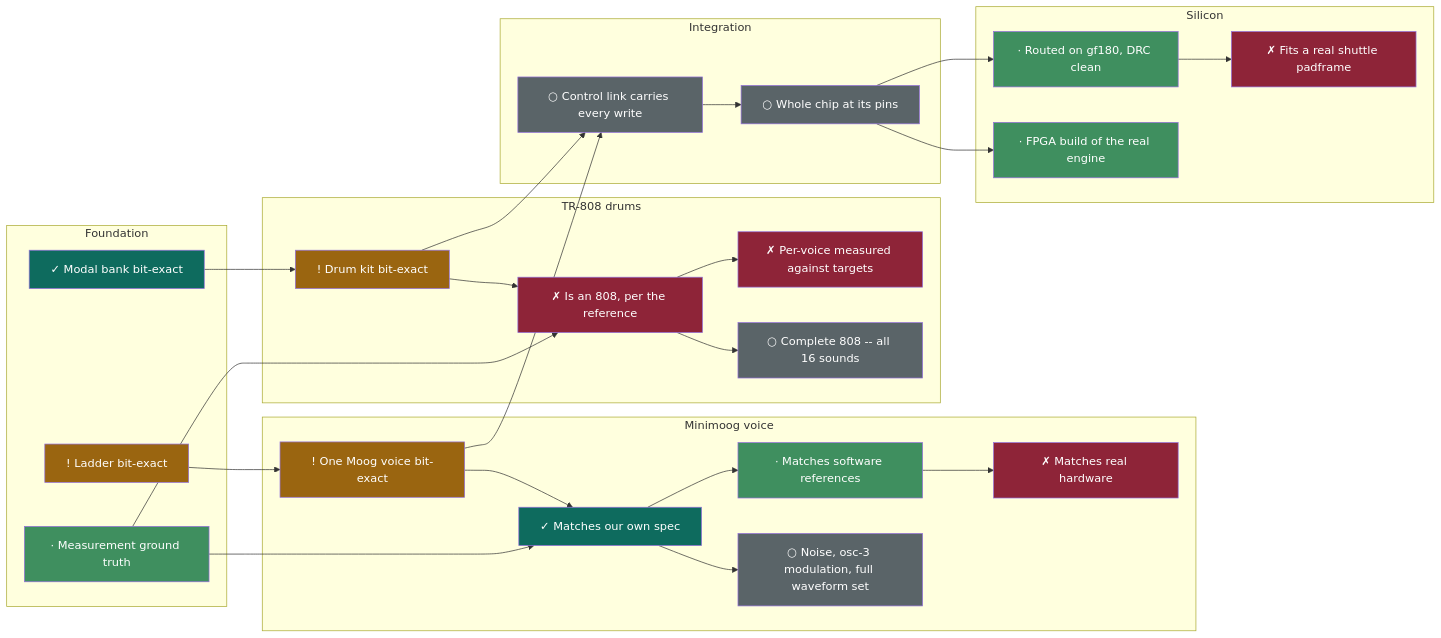
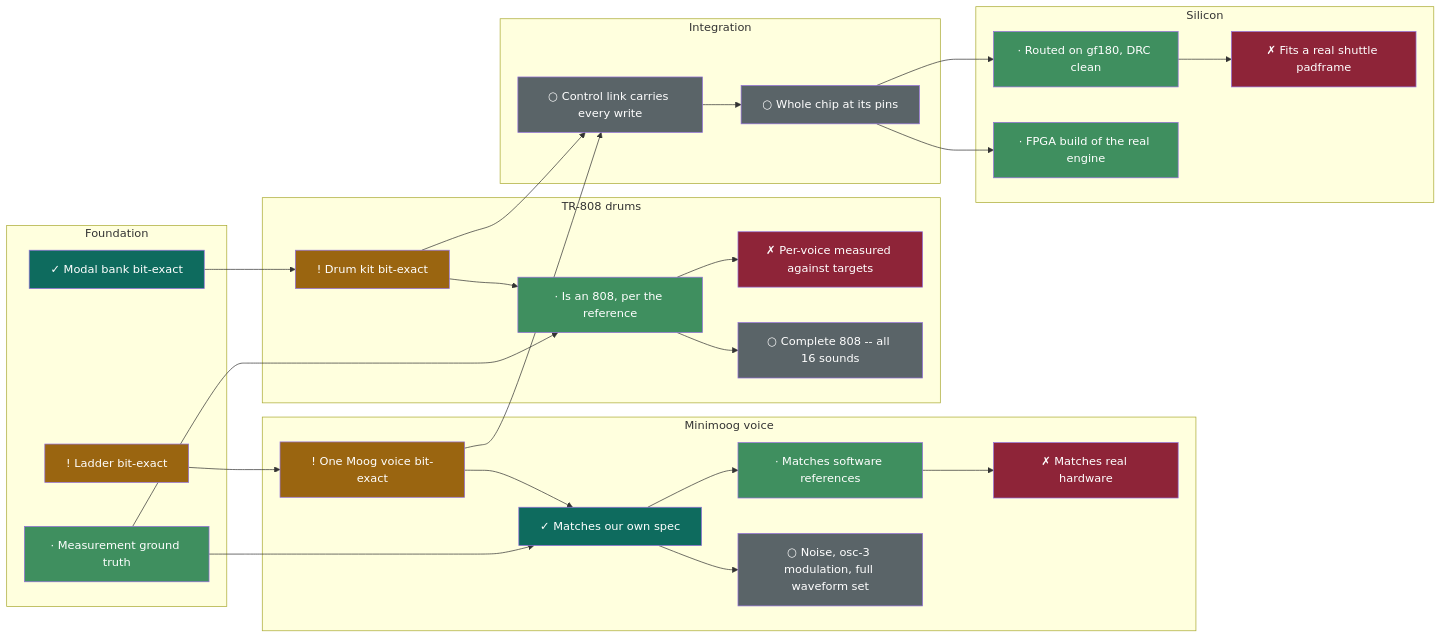
The diagram in README.md (2AMLogic/gf180-monosynth), drawn with Mermaid before and after one commit. The commit also changed other lines of this file and 2 other files, not shown here.

First line of the commit message:
[dag] regenerate the roadmap from evidence

````diff
--- a/README.md
+++ b/README.md
@@ -66,64 +66,64 @@
 ```mermaid
 graph LR
   subgraph foundation["Foundation"]
     F1["! Ladder bit-exact"]
     F2["✓ Modal bank bit-exact"]
     F3["· Measurement ground truth"]
   end
   subgraph minimoog["Minimoog voice"]
     M1["! One Moog voice bit-exact"]
     M2["✓ Matches our own spec"]
     M3["· Matches software references"]
     M4["✗ Matches real hardware"]
     M5["○ Noise, osc-3 modulation, full waveform set"]
   end
   subgraph drums["TR-808 drums"]
     D1["! Drum kit bit-exact"]
-    D2["✗ Is an 808, per the reference"]
+    D2["· Is an 808, per the reference"]
     D3["✗ Per-voice measured against targets"]
     D4["○ Complete 808 -- all 16 sounds"]
   end
   subgraph integration["Integration"]
     I1["○ Control link carries every write"]
     I2["○ Whole chip at its pins"]
   end
   subgraph silicon["Silicon"]
     S1["· Routed on gf180, DRC clean"]
     S2["✗ Fits a real shuttle padframe"]
     S3["· FPGA build of the real engine"]
   end
   F1 --> M1
   M1 --> M2
   F3 --> M2
   M2 --> M3
   M3 --> M4
   M2 --> M5
   F2 --> D1
   D1 --> D2
   F3 --> D2
   D2 --> D3
   D2 --> D4
   M1 --> I1
   D1 --> I1
   I1 --> I2
   I2 --> S1
   S1 --> S2
   I2 --> S3
   style F1 fill:#9A6510,color:#fff
   style F2 fill:#0E6B5E,color:#fff
   style F3 fill:#3f8f5f,color:#fff
   style M1 fill:#9A6510,color:#fff
   style M2 fill:#0E6B5E,color:#fff
   style M3 fill:#3f8f5f,color:#fff
   style M4 fill:#8E2438,color:#fff
   style M5 fill:#5a6468,color:#fff
   style D1 fill:#9A6510,color:#fff
-  style D2 fill:#8E2438,color:#fff
+  style D2 fill:#3f8f5f,color:#fff
   style D3 fill:#8E2438,color:#fff
   style D4 fill:#5a6468,color:#fff
   style I1 fill:#5a6468,color:#fff
   style I2 fill:#5a6468,color:#fff
   style S1 fill:#3f8f5f,color:#fff
   style S2 fill:#8E2438,color:#fff
   style S3 fill:#3f8f5f,color:#fff
 ```
````
